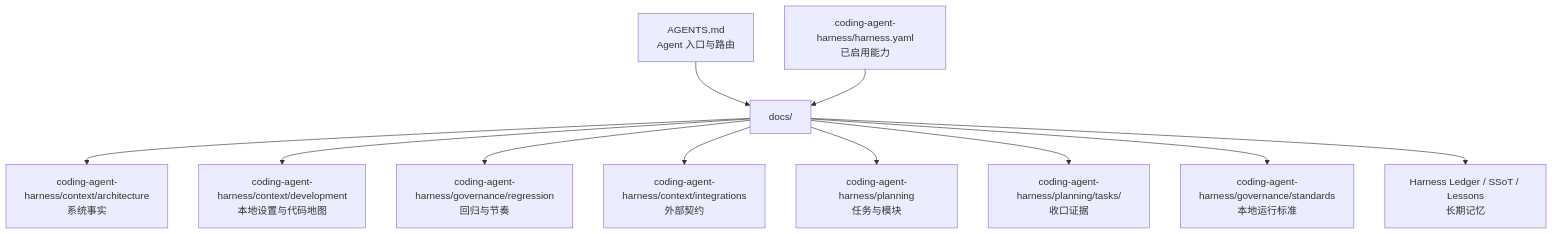
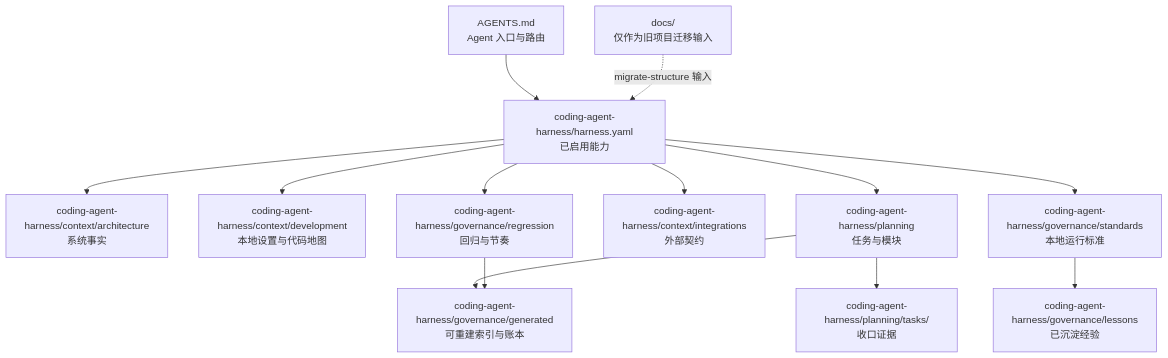
The third of 11 diagrams in docs-release/architecture/overview.zh-CN.md (FairladyZ625/coding-agent-harness), drawn with Mermaid before and after one commit. The commit also changed other lines of this file and 13 other files, not shown here.

Commit message:
docs: align release architecture docs

````diff
--- a/docs-release/architecture/overview.zh-CN.md
+++ b/docs-release/architecture/overview.zh-CN.md
@@ -58,25 +58,28 @@
 ```mermaid
 flowchart TB
   Entry["AGENTS.md<br/>Agent 入口与路由"]
   Registry["coding-agent-harness/harness.yaml<br/>已启用能力"]
-  Docs["docs/"]
   Architecture["coding-agent-harness/context/architecture<br/>系统事实"]
   Development["coding-agent-harness/context/development<br/>本地设置与代码地图"]
   QA["coding-agent-harness/governance/regression<br/>回归与节奏"]
   Integrations["coding-agent-harness/context/integrations<br/>外部契约"]
   Planning["coding-agent-harness/planning<br/>任务与模块"]
   Walkthrough["coding-agent-harness/planning/tasks/<task><br/>收口证据"]
   Reference["coding-agent-harness/governance/standards<br/>本地运行标准"]
-  Ledger["Harness Ledger / SSoT / Lessons<br/>长期记忆"]
+  Generated["coding-agent-harness/governance/generated<br/>可重建索引与账本"]
+  Lessons["coding-agent-harness/governance/lessons<br/>已沉淀经验"]
+  LegacyDocs["docs/<br/>仅作为旧项目迁移输入"]
 
-  Entry --> Docs
-  Registry --> Docs
-  Docs --> Architecture
-  Docs --> Development
-  Docs --> QA
-  Docs --> Integrations
-  Docs --> Planning
-  Docs --> Walkthrough
-  Docs --> Reference
-  Docs --> Ledger
+  Entry --> Registry
+  Registry --> Architecture
+  Registry --> Development
+  Registry --> QA
+  Registry --> Integrations
+  Registry --> Planning
+  Registry --> Reference
+  Planning --> Walkthrough
+  Planning --> Generated
+  QA --> Generated
+  Reference --> Lessons
+  LegacyDocs -. "migrate-structure 输入" .-> Registry
 ```
````
